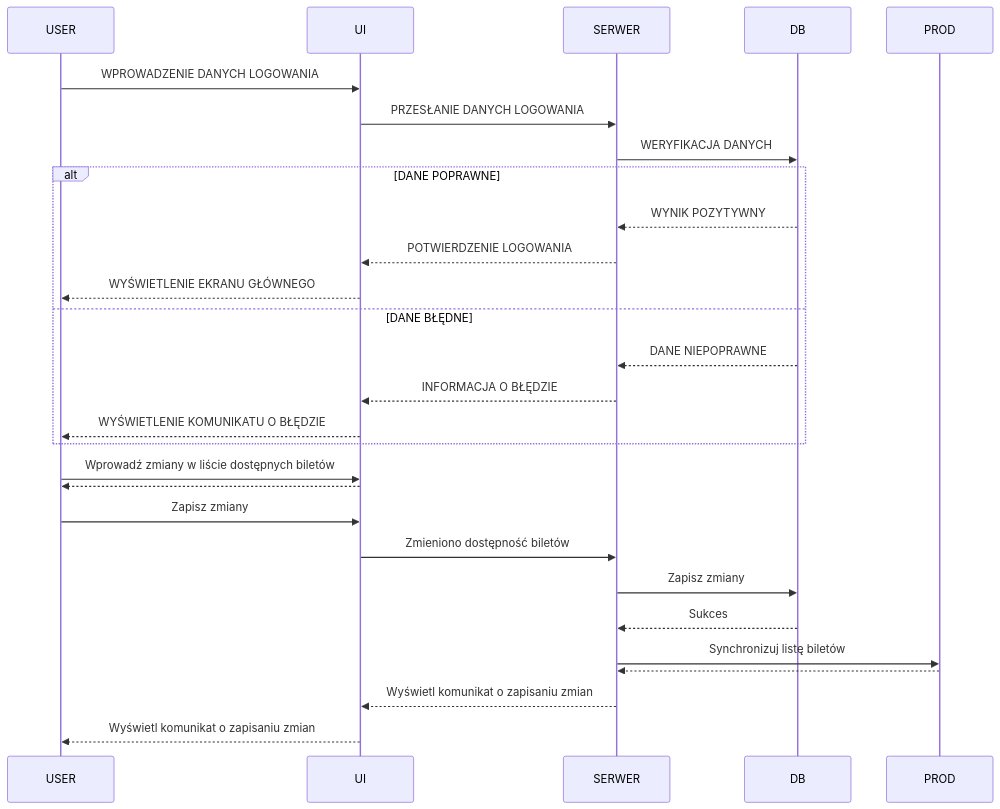
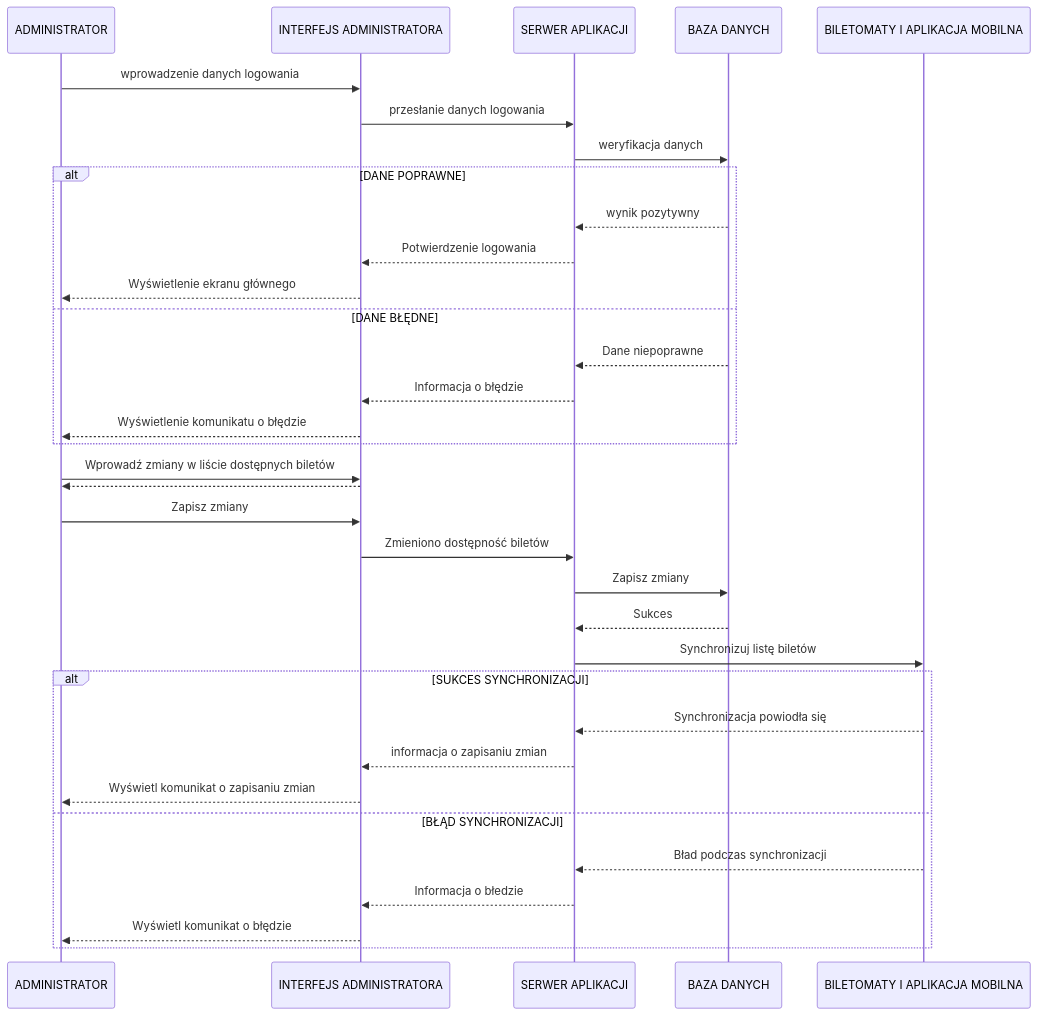
The fourth of 4 diagrams in adminStory.md (WGrot/MWO_LAB), drawn with Mermaid before and after one commit. The commit also changed other lines of this file, not shown here.

````diff
--- a/adminStory.md
+++ b/adminStory.md
@@ -119,27 +122,40 @@
 ```mermaid
 sequenceDiagram
-    USER->>UI: WPROWADZENIE DANYCH LOGOWANIA
-    UI->>SERWER: PRZESŁANIE DANYCH LOGOWANIA
-    SERWER->>DB: WERYFIKACJA DANYCH
+PARTICIPANT USER AS ADMINISTRATOR
+PARTICIPANT UI AS INTERFEJS ADMINISTRATORA
+PARTICIPANT SERWER AS SERWER APLIKACJI
+PARTICIPANT DB AS BAZA DANYCH
+PARTICIPANT PROD AS BILETOMATY I APLIKACJA MOBILNA
+
+
+    USER->>UI: wprowadzenie danych logowania
+    UI->>SERWER: przesłanie danych logowania
+    SERWER->>DB: weryfikacja danych
     ALT DANE POPRAWNE
-    DB-->>SERWER: WYNIK POZYTYWNY
-    SERWER-->>UI: POTWIERDZENIE LOGOWANIA
-    UI-->>USER: WYŚWIETLENIE EKRANU GŁÓWNEGO
+    DB-->>SERWER: wynik pozytywny
+    SERWER-->>UI: Potwierdzenie logowania
+    UI-->>USER: Wyświetlenie ekranu głównego
     ELSE DANE BŁĘDNE
-    DB-->>SERWER: DANE NIEPOPRAWNE
-    SERWER-->>UI: INFORMACJA O BŁĘDZIE
-    UI-->>USER: WYŚWIETLENIE KOMUNIKATU O BŁĘDZIE
+    DB-->>SERWER: Dane niepoprawne
+    SERWER-->>UI: Informacja o błędzie
+    UI-->>USER: Wyświetlenie komunikatu o błędzie
     END
 
 
     USER->>UI: Wprowadź zmiany w liście dostępnych biletów
     UI -->> USER: 
     USER->>UI: Zapisz zmiany
     UI ->> SERWER: Zmieniono dostępność biletów
     SERWER ->> DB: Zapisz zmiany 
     DB -->> SERWER: Sukces
     SERWER ->> PROD: Synchronizuj listę biletów
-    PROD -->> SERWER: 
-    SERWER -->> UI: Wyświetl komunikat o zapisaniu zmian
+    ALT SUKCES SYNCHRONIZACJI
+    PROD -->> SERWER: Synchronizacja powiodła się
+    SERWER -->> UI: informacja o zapisaniu zmian
     UI -->> USER: Wyświetl komunikat o zapisaniu zmian
+    ELSE BŁĄD SYNCHRONIZACJI
+    PROD -->> SERWER: Bład podczas synchronizacji
+    SERWER -->> UI: Informacja o błedzie
+    UI -->> USER: Wyświetl komunikat o błędzie
+    END
 ```
````
